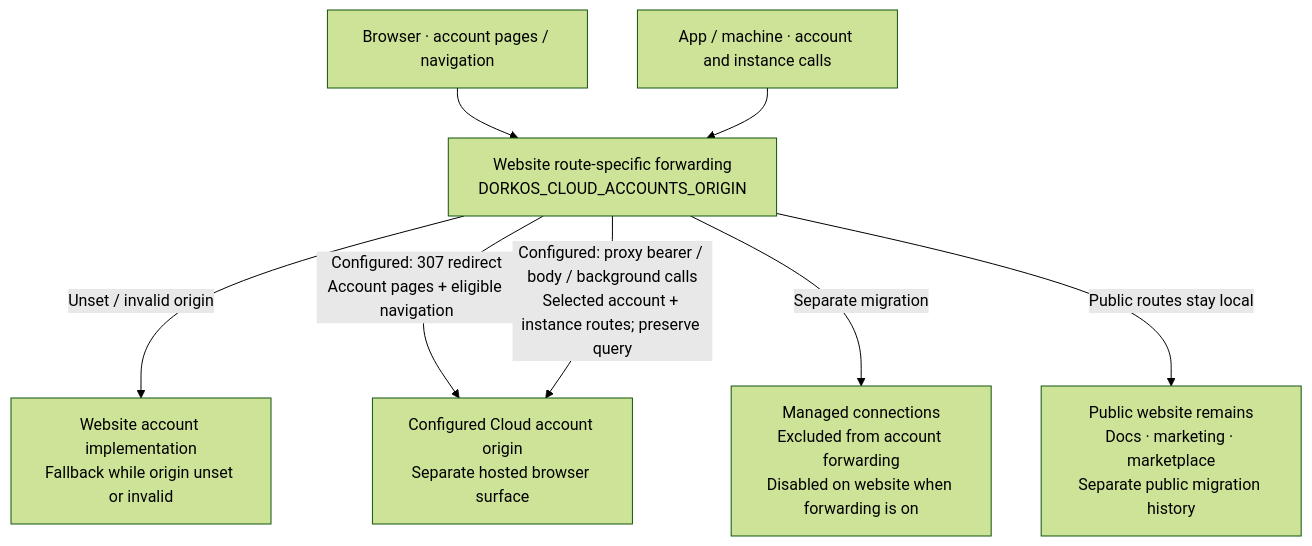
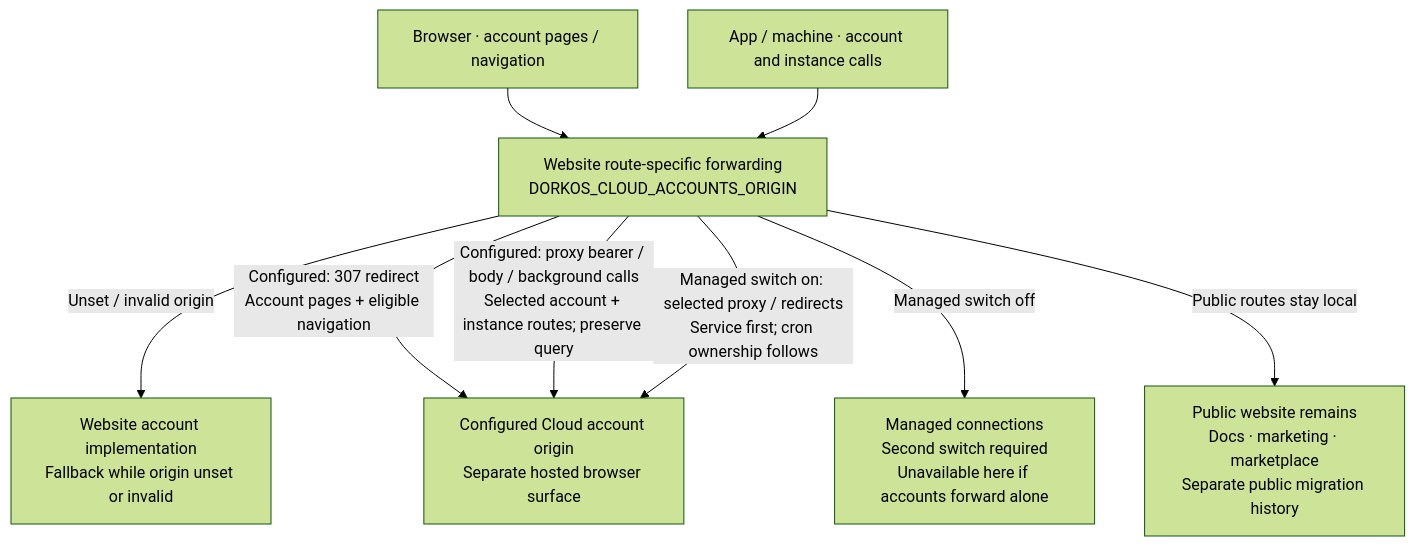
Before and after one commit to dork-labs/dorkos: the diagram in contributing/diagrams/architecture/accounts-handover.mmd, drawn with Mermaid (forest theme). The commit also changed 12 other files, not shown here.

First line of the commit message:
docs(architecture): reassess lifecycle, recovery and execution boundaries

```diff
--- a/contributing/diagrams/architecture/accounts-handover.mmd
+++ b/contributing/diagrams/architecture/accounts-handover.mmd
@@ -1,17 +1,18 @@
 flowchart TB
   accTitle: Website account handover to DorkOS Cloud
-  accDescr: Without a valid configured accounts origin the website serves local accounts. When configured, selected browser routes redirect and machine calls proxy to the accounts origin. Managed connections are a separate migration. This diagram describes code behavior, not the production switch state.
+  accDescr: Without a valid configured accounts origin the website serves local accounts. When configured, selected browser routes redirect and machine calls proxy to the accounts origin. Managed connections need an independent forwarding switch and service availability; their migration evidence stays separate. This diagram describes code behavior, not the production switch state.
   browser["Browser · account pages / navigation"]
   machine["App / machine · account and instance calls"]
   site["Website route-specific forwarding<br/>DORKOS_CLOUD_ACCOUNTS_ORIGIN"]
   local["Website account implementation<br/>Fallback while origin unset or invalid"]
   accounts["Configured Cloud account origin<br/>Separate hosted browser surface"]
-  managed["Managed connections<br/>Excluded from account forwarding<br/>Disabled on website when forwarding is on"]
+  managed["Managed connections<br/>Second switch required<br/>Unavailable here if accounts forward alone"]
   public["Public website remains<br/>Docs · marketing · marketplace<br/>Separate public migration history"]
   browser --> site
   machine --> site
   site -->|"Unset / invalid origin"| local
   site -->|"Configured: 307 redirect<br/>Account pages + eligible navigation"| accounts
   site -->|"Configured: proxy bearer / body / background calls<br/>Selected account + instance routes; preserve query"| accounts
-  site -->|"Separate migration"| managed
+  site -->|"Managed switch off"| managed
+  site -->|"Managed switch on: selected proxy / redirects<br/>Service first; cron ownership follows"| accounts
   site -->|"Public routes stay local"| public
```
